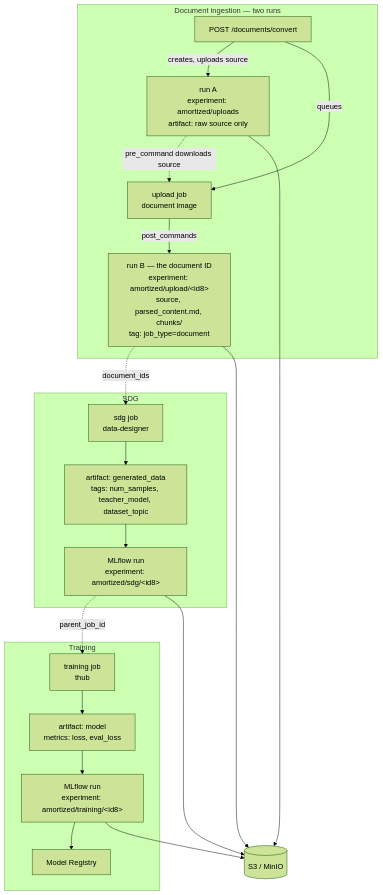
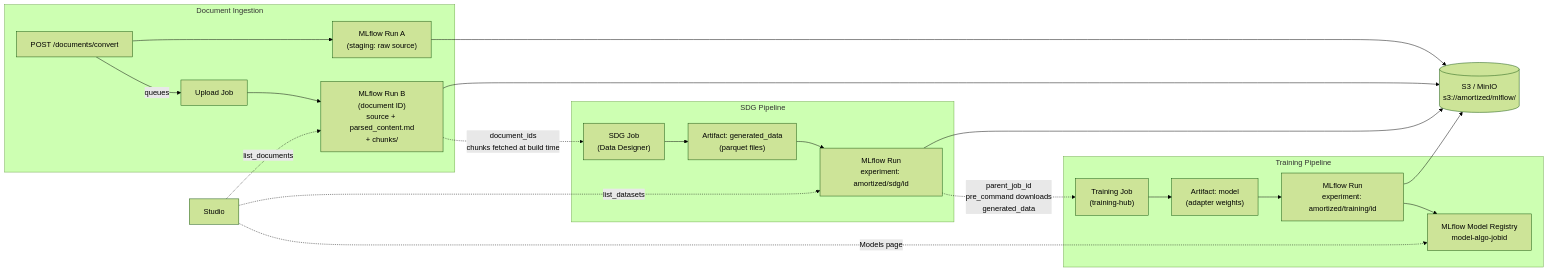
One commit to amortized-ai/amortized changed the fourth of 7 diagrams in docs/architecture.md. Above: the diagram before and after it, drawn with Mermaid (forest theme). The commit also changed other lines of this file and 32 other files, not shown here.

First line of the commit message:
feat: rhoai showcase e2e — job MLflow auth, direct model providers, async agent

````diff
--- a/docs/architecture.md
+++ b/docs/architecture.md
@@ -295,40 +266,53 @@
 ```mermaid
-graph TB
-    subgraph docs["Document ingestion — two runs"]
-        up["POST /documents/convert"]
-        runA["run A<br/>experiment: amortized/uploads<br/>artifact: raw source only"]
-        upjob["upload job<br/>document image"]
-        runB["run B — the document ID<br/>experiment: amortized/upload/&lt;id8&gt;<br/>source, parsed_content.md, chunks/<br/>tag: job_type=document"]
+graph LR
+    subgraph sdg_flow["SDG Pipeline"]
+        sdg_job["SDG Job<br/>(Data Designer)"]
+        sdg_run["MLflow Run<br/>experiment: amortized/sdg/id"]
+        sdg_art["Artifact: generated_data<br/>(parquet files)"]
     end
 
-    subgraph sdgf["SDG"]
-        sdgjob["sdg job<br/>data-designer"]
-        sdgrun["MLflow run<br/>experiment: amortized/sdg/&lt;id8&gt;"]
-        gen["artifact: generated_data<br/>tags: num_samples, teacher_model, dataset_topic"]
+    subgraph training_flow["Training Pipeline"]
+        train_job["Training Job<br/>(training-hub)"]
+        train_run["MLflow Run<br/>experiment: amortized/training/id"]
+        train_art["Artifact: model<br/>(adapter weights)"]
+        registry["MLflow Model Registry<br/>model-algo-jobid"]
     end
 
-    subgraph trainf["Training"]
-        trjob["training job<br/>thub"]
-        trrun["MLflow run<br/>experiment: amortized/training/&lt;id8&gt;"]
-        model["artifact: model<br/>metrics: loss, eval_loss"]
-        registry["Model Registry"]
+    subgraph doc_flow["Document Ingestion"]
+        upload_api["POST /documents/convert"]
+        staging_run["MLflow Run A<br/>(staging: raw source)"]
+        upload_job["Upload Job"]
+        doc_run["MLflow Run B<br/>(document ID)<br/>source + parsed_content.md<br/>+ chunks/"]
     end
 
-    s3[("S3 / MinIO")]
+    s3[("S3 / MinIO<br/>s3://amortized/mlflow/")]
 
-    up -->|creates, uploads source| runA
-    up -->|queues| upjob
-    runA -.->|pre_command downloads source| upjob
-    upjob -->|post_commands| runB
-    runB -.->|document_ids| sdgjob
-    sdgjob --> gen
-    gen --> sdgrun
-    sdgrun -.->|parent_job_id| trjob
-    trjob --> model
-    model --> trrun
-    trrun --> registry
-    runA --> s3
-    runB --> s3
-    sdgrun --> s3
-    trrun --> s3
+    %% SDG flow
+    sdg_job --> sdg_art
+    sdg_art --> sdg_run
+    sdg_run --> s3
+
+    %% Chaining: SDG -> Training
+    sdg_run -.->|"parent_job_id<br/>pre_command downloads<br/>generated_data"| train_job
+
+    %% Training flow
+    train_job --> train_art
+    train_art --> train_run
+    train_run --> s3
+    train_run --> registry
+
+    %% Document flow
+    upload_api --> staging_run
+    staging_run --> s3
+    upload_api -->|"queues"| upload_job
+    upload_job --> doc_run
+    doc_run --> s3
+
+    %% Documents as SDG seed
+    doc_run -.->|"document_ids<br/>chunks fetched at build time"| sdg_job
+
+    %% Studio reads
+    studio["Studio"] -.->|"list_datasets"| sdg_run
+    studio -.->|"list_documents"| doc_run
+    studio -.->|"Models page"| registry
 ```
````
